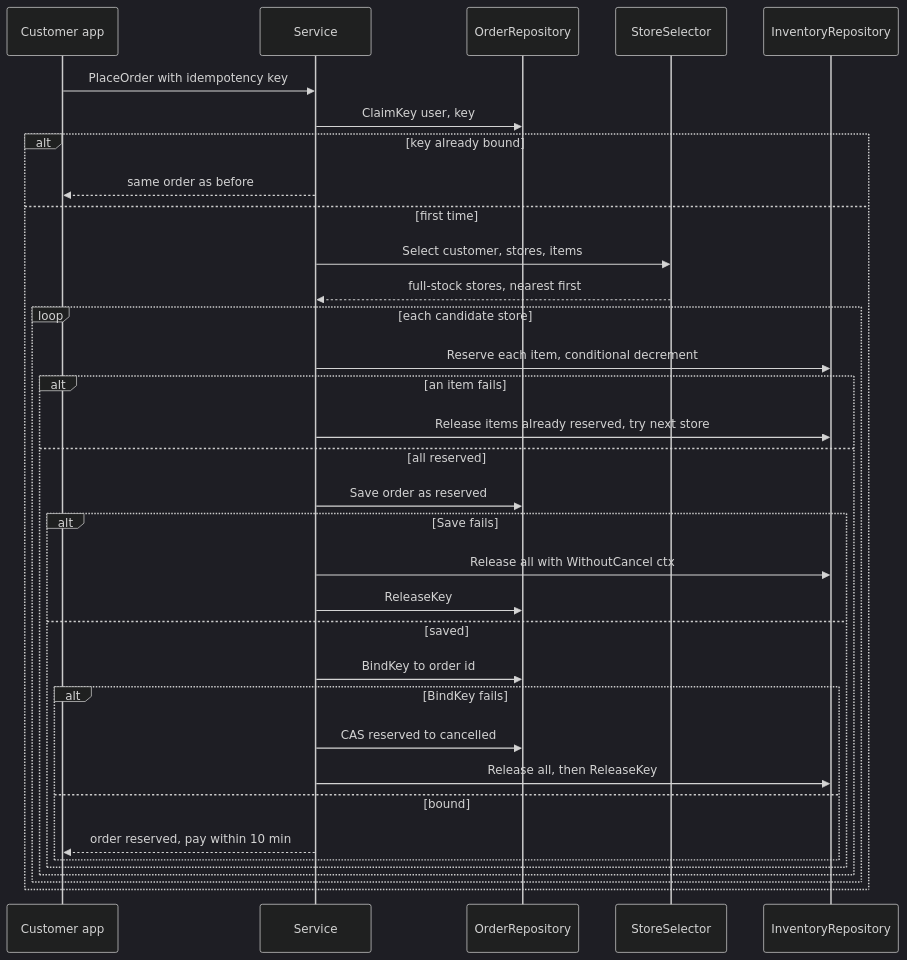
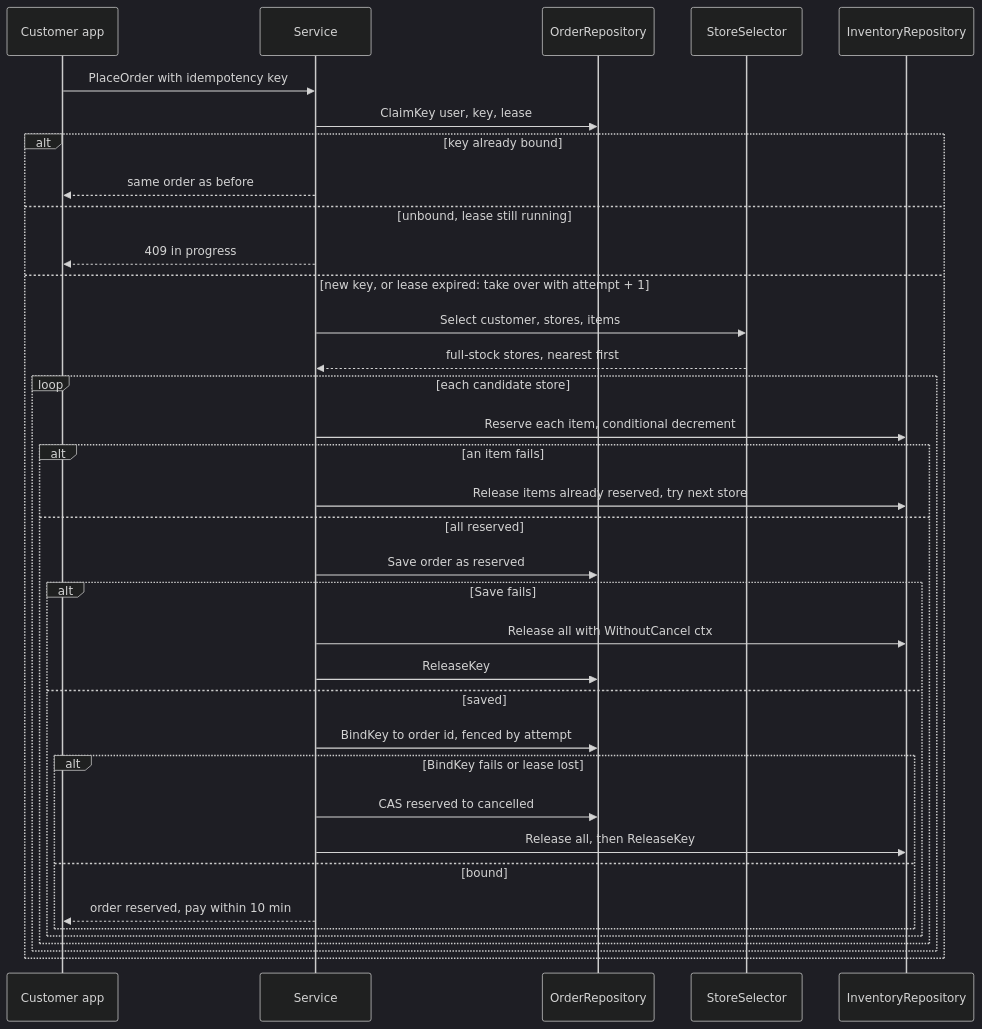
One commit to PriyanshuMidha/System_Design_notes changed the third of 3 diagrams in 17 LLD/Practice/Inventory Order Assignment (Dark Store).md. Above: the diagram before and after it, drawn with Mermaid (dark theme). The commit also changed other lines of this file and 250 other files, not shown here.

````diff
--- a/17 LLD/Practice/Inventory Order Assignment (Dark Store).md
+++ b/17 LLD/Practice/Inventory Order Assignment (Dark Store).md
@@ -269,36 +308,38 @@
 ```mermaid
 sequenceDiagram
   participant U as Customer app
   participant S as Service
   participant OR as OrderRepository
   participant SEL as StoreSelector
   participant INV as InventoryRepository
   U->>S: PlaceOrder with idempotency key
-  S->>OR: ClaimKey user, key
+  S->>OR: ClaimKey user, key, lease
   alt key already bound
     S-->>U: same order as before
-  else first time
+  else unbound, lease still running
+    S-->>U: 409 in progress
+  else new key, or lease expired: take over with attempt + 1
     S->>SEL: Select customer, stores, items
     SEL-->>S: full-stock stores, nearest first
     loop each candidate store
       S->>INV: Reserve each item, conditional decrement
       alt an item fails
         S->>INV: Release items already reserved, try next store
       else all reserved
         S->>OR: Save order as reserved
         alt Save fails
           S->>INV: Release all with WithoutCancel ctx
           S->>OR: ReleaseKey
         else saved
-          S->>OR: BindKey to order id
-          alt BindKey fails
+          S->>OR: BindKey to order id, fenced by attempt
+          alt BindKey fails or lease lost
             S->>OR: CAS reserved to cancelled
             S->>INV: Release all, then ReleaseKey
           else bound
             S-->>U: order reserved, pay within 10 min
           end
         end
       end
     end
   end
 ```
````
